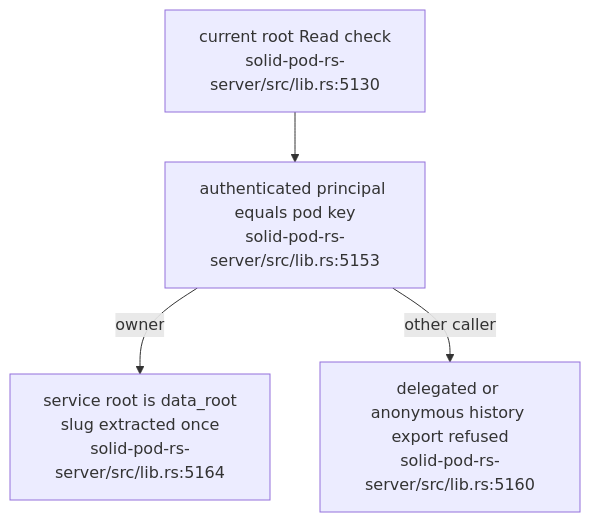
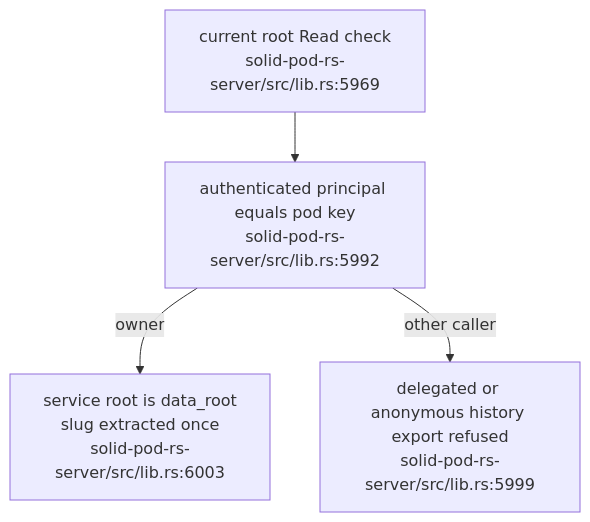
Before and after one commit to DreamLab-AI/VisionFlow: the second of 5 diagrams in docs/diagrams/solid-pod-rs/15-authority-and-payment-repairs.md, drawn with Mermaid. The commit also changed other lines of this file and 2 other files, not shown here.

First line of the commit message:
docs(diagrams): SP-07, SP-10, SP-15 re-verified at solid-pod-rs a28a748

````diff
--- a/docs/diagrams/solid-pod-rs/15-authority-and-payment-repairs.md
+++ b/docs/diagrams/solid-pod-rs/15-authority-and-payment-repairs.md
@@ -45,10 +46,10 @@
 ```mermaid
 flowchart TB
-    READ["current root Read check<br/>solid-pod-rs-server/src/lib.rs:5130"]
-    OWNER["authenticated principal equals pod key<br/>solid-pod-rs-server/src/lib.rs:5153"]
-    DENY["delegated or anonymous history export refused<br/>solid-pod-rs-server/src/lib.rs:5160"]
-    SERVICE["service root is data_root<br/>slug extracted once<br/>solid-pod-rs-server/src/lib.rs:5164"]
+    READ["current root Read check<br/>solid-pod-rs-server/src/lib.rs:5969"]
+    OWNER["authenticated principal equals pod key<br/>solid-pod-rs-server/src/lib.rs:5992"]
+    DENY["delegated or anonymous history export refused<br/>solid-pod-rs-server/src/lib.rs:5999"]
+    SERVICE["service root is data_root<br/>slug extracted once<br/>solid-pod-rs-server/src/lib.rs:6003"]
     READ --> OWNER
     OWNER -->|owner| SERVICE
     OWNER -->|other caller| DENY
 ```
````
